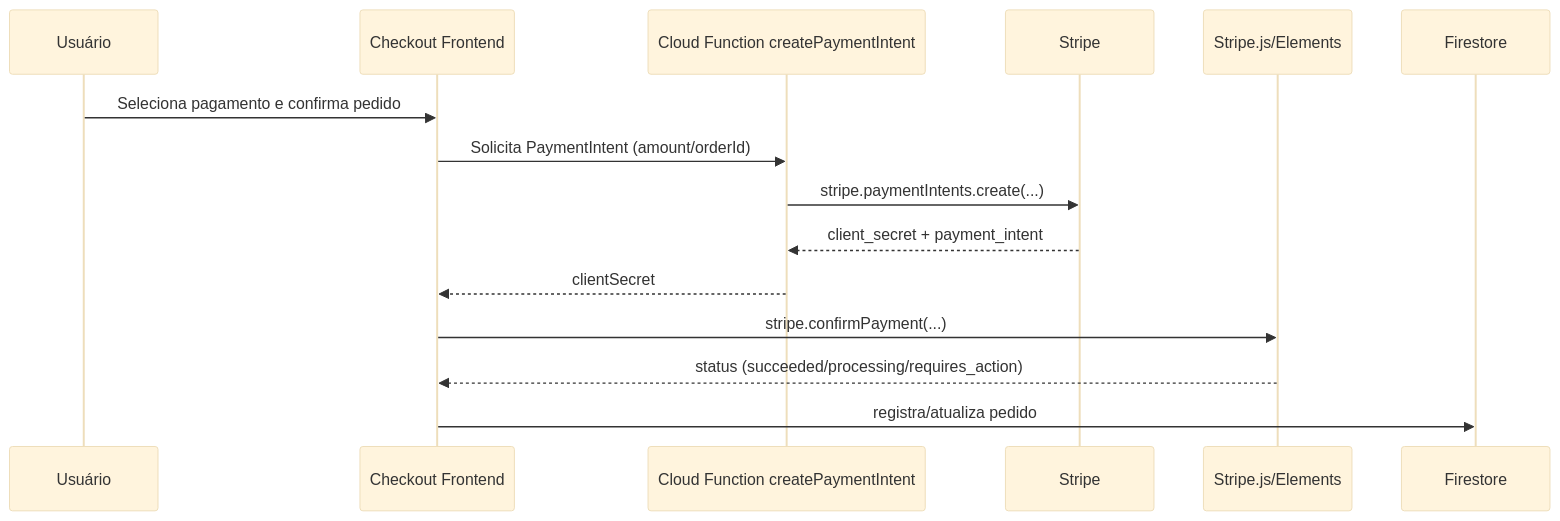
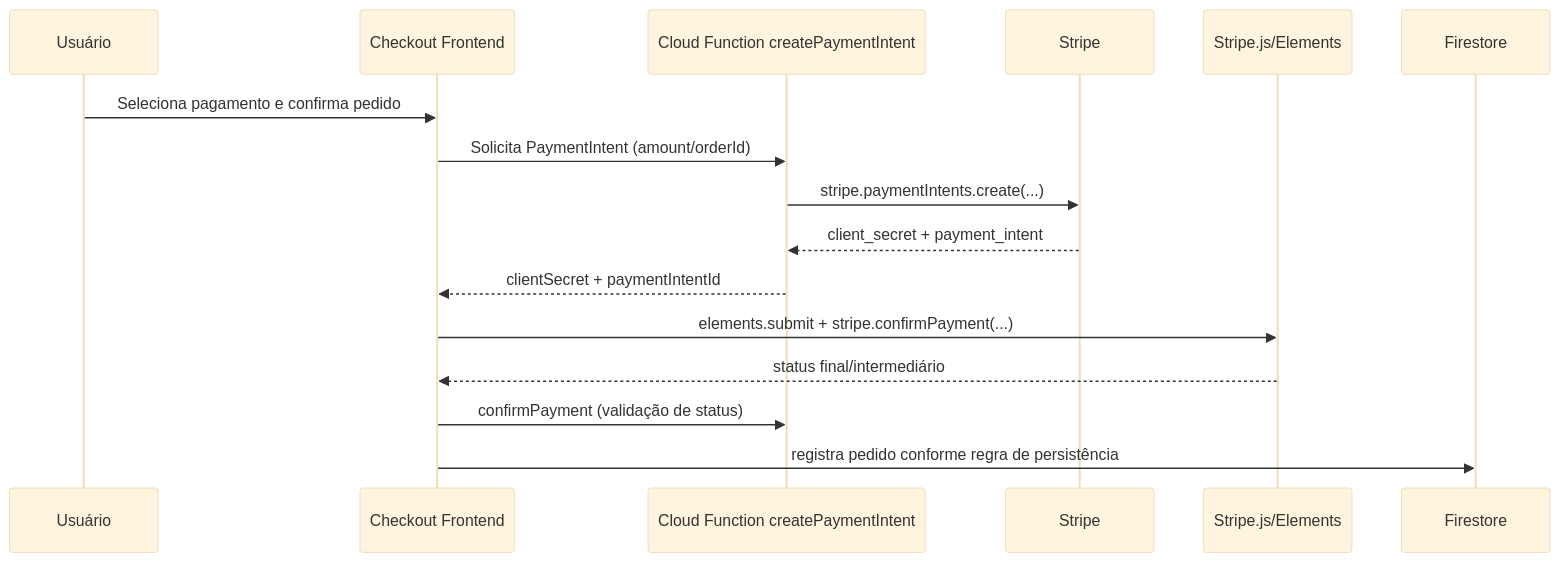
Before and after one commit to ParreirasJuniorWeb/PetHub: the fourth of 5 diagrams in RELATORIO_ARQUITETURA_TECNICA.md, drawn with Mermaid (base theme). The commit also changed other lines of this file and 6 other files, not shown here.

````diff
--- a/RELATORIO_ARQUITETURA_TECNICA.md
+++ b/RELATORIO_ARQUITETURA_TECNICA.md
@@ -145,18 +146,19 @@
 ```mermaid
 sequenceDiagram
     participant User as Usuário
     participant FE as Checkout Frontend
     participant FN as Cloud Function createPaymentIntent
     participant ST as Stripe
     participant FE2 as Stripe.js/Elements
     participant DB as Firestore
 
     User->>FE: Seleciona pagamento e confirma pedido
     FE->>FN: Solicita PaymentIntent (amount/orderId)
     FN->>ST: stripe.paymentIntents.create(...)
     ST-->>FN: client_secret + payment_intent
-    FN-->>FE: clientSecret
-    FE->>FE2: stripe.confirmPayment(...)
-    FE2-->>FE: status (succeeded/processing/requires_action)
-    FE->>DB: registra/atualiza pedido
+    FN-->>FE: clientSecret + paymentIntentId
+    FE->>FE2: elements.submit + stripe.confirmPayment(...)
+    FE2-->>FE: status final/intermediário
+    FE->>FN: confirmPayment (validação de status)
+    FE->>DB: registra pedido conforme regra de persistência
 ```
````
